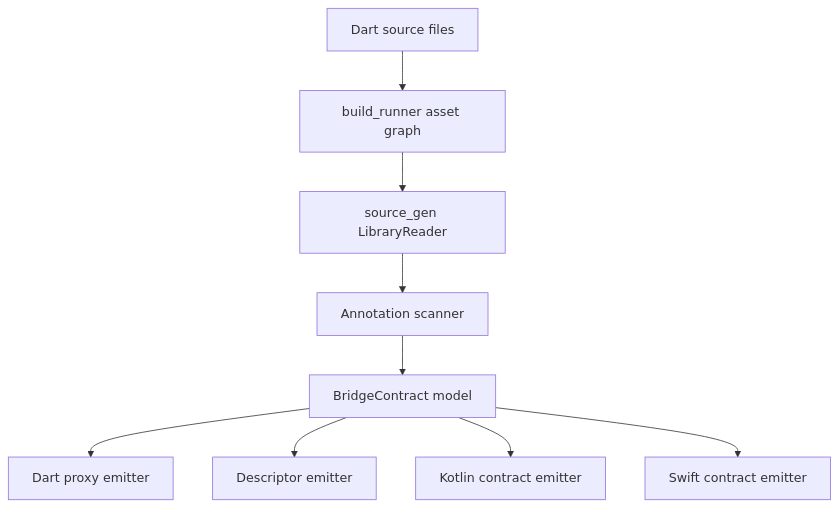
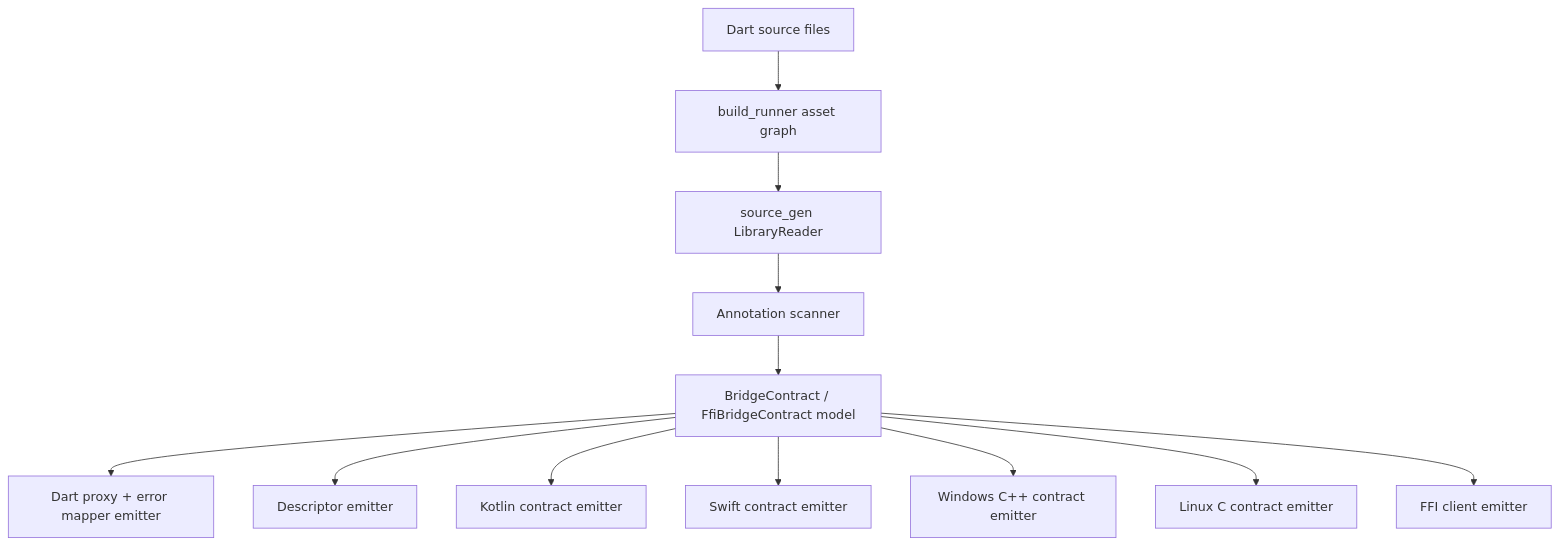
The diagram in docs/code_generation.md (Anu-Code07/flutter-native-bridge), drawn with Mermaid before and after one commit. The commit also changed other lines of this file and 50 other files, not shown here.

````diff
--- a/docs/code_generation.md
+++ b/docs/code_generation.md
@@ -3,11 +3,14 @@
 ```mermaid
 flowchart TB
   A[Dart source files] --> B[build_runner asset graph]
   B --> C[source_gen LibraryReader]
   C --> D[Annotation scanner]
-  D --> E[BridgeContract model]
-  E --> F[Dart proxy emitter]
+  D --> E[BridgeContract / FfiBridgeContract model]
+  E --> F[Dart proxy + error mapper emitter]
   E --> G[Descriptor emitter]
   E --> H[Kotlin contract emitter]
   E --> I[Swift contract emitter]
+  E --> J[Windows C++ contract emitter]
+  E --> K[Linux C contract emitter]
+  E --> L[FFI client emitter]
 ```
````
